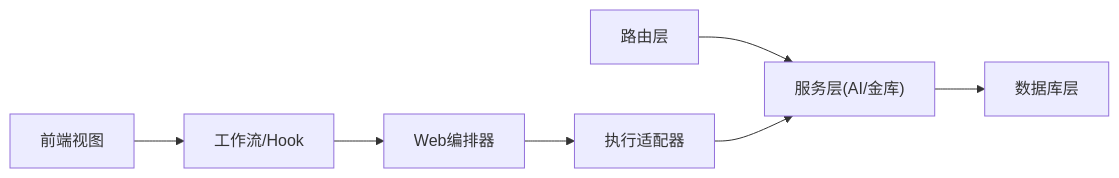
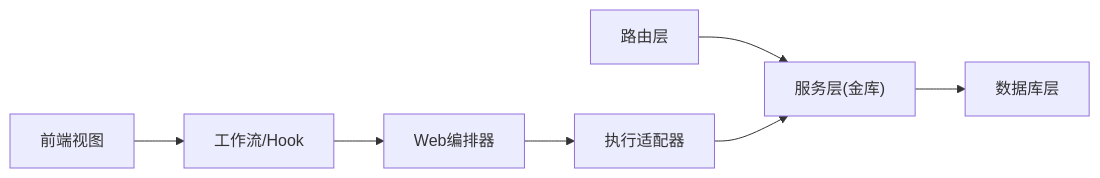
One commit to Maki3991/study-PactLedger changed the eighth of 8 diagrams in .qoder/repowiki/zh/content/核心组件/AI智能体系统.md. Above: the diagram before and after it, drawn with Mermaid. The commit also changed other lines of this file and 8 other files, not shown here.

````diff
--- a/.qoder/repowiki/zh/content/核心组件/AI智能体系统.md
+++ b/.qoder/repowiki/zh/content/核心组件/AI智能体系统.md
@@ -472,9 +327,9 @@
 ```mermaid
 graph LR
-Routes["路由层"] --> Services["服务层(AI/金库)"]
+Routes["路由层"] --> Services["服务层(金库)"]
 Services --> DB["数据库层"]
 WebOrchestrator["Web编排器"] --> Adapters["执行适配器"]
 Adapters --> Services
 Views["前端视图"] --> Hooks["工作流/Hook"]
 Hooks --> WebOrchestrator
 ```
````
